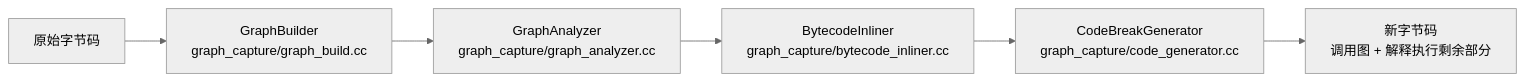
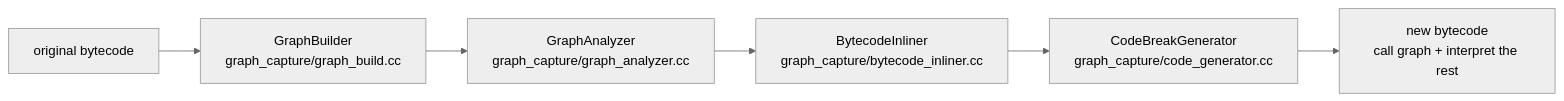
The diagram in docs/00-pijit-primer.md (YUNPUWU/mindspore-pijit-contributions), drawn with Mermaid (neutral theme) before and after one commit. The commit also changed other lines of this file and 14 other files, not shown here.

````diff
--- a/docs/00-pijit-primer.md
+++ b/docs/00-pijit-primer.md
@@ -23,8 +23,8 @@
 ```mermaid
 flowchart LR
-    BC["原始字节码"] --> GB["GraphBuilder<br/>graph_capture/graph_build.cc"]
+    BC["original bytecode"] --> GB["GraphBuilder<br/>graph_capture/graph_build.cc"]
     GB --> GA["GraphAnalyzer<br/>graph_capture/graph_analyzer.cc"]
     GA --> BI["BytecodeInliner<br/>graph_capture/bytecode_inliner.cc"]
     BI --> CG["CodeBreakGenerator<br/>graph_capture/code_generator.cc"]
-    CG --> NEW["新字节码<br/>调用图 + 解释执行剩余部分"]
+    CG --> NEW["new bytecode<br/>call graph + interpret the rest"]
 ```
````
